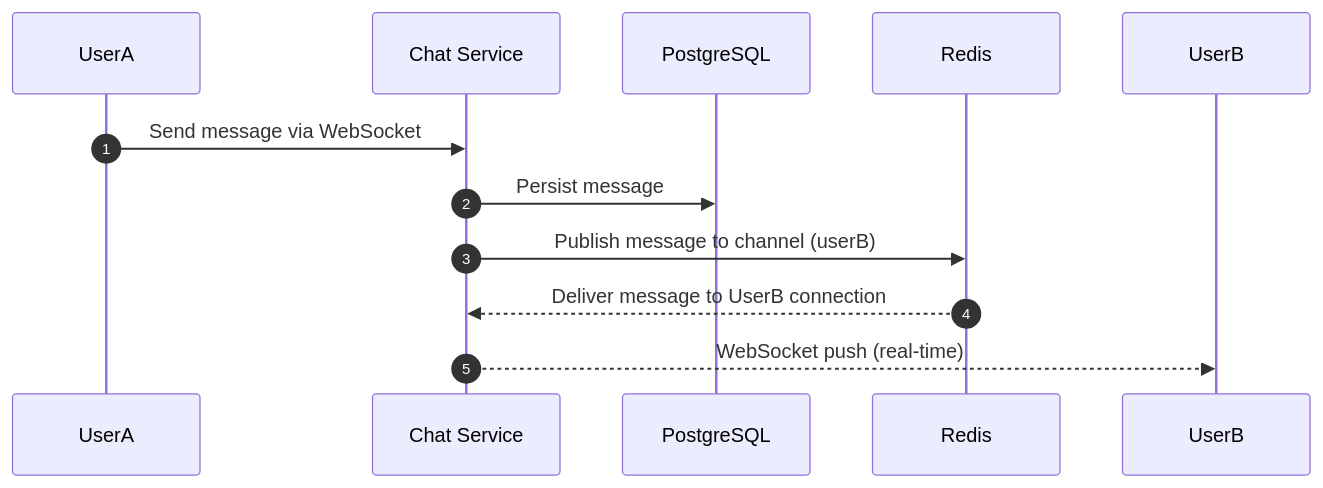
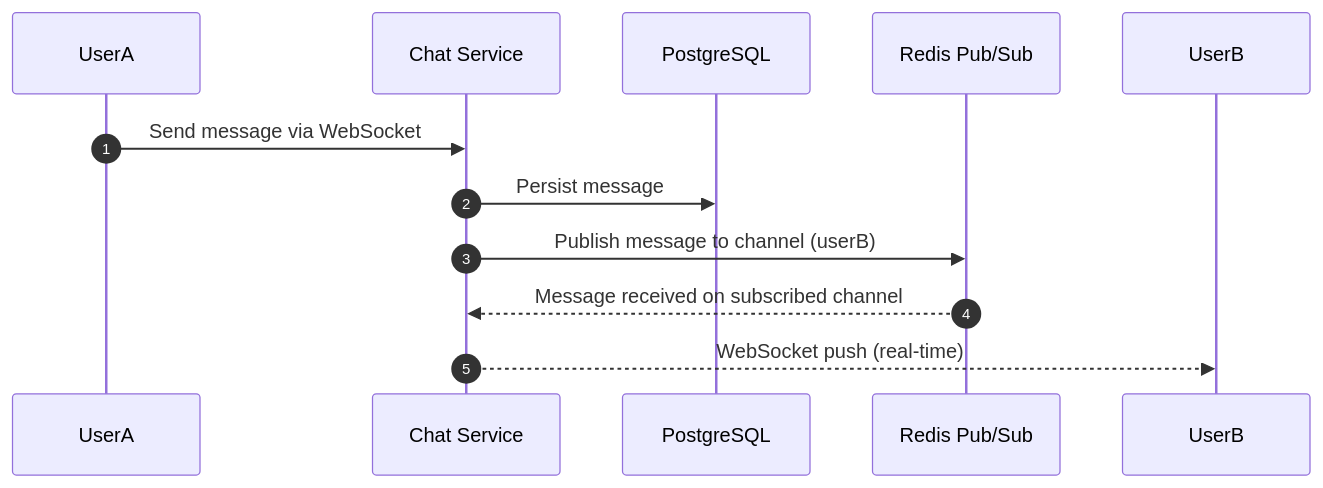
Before and after one commit to raphaeldiscky/go-micro-commerce: the tenth of 16 diagrams in README.md, drawn with Mermaid. The commit also changed other lines of this file, not shown here.

Commit message:
chore(docs): add architecture overview

````diff
--- a/README.md
+++ b/README.md
@@ -334,16 +361,15 @@
 ```mermaid
 sequenceDiagram
   autonumber
   participant UserA
   participant ChatService as Chat Service
   participant PostgreSQL
-  participant Redis
+  participant Redis as Redis Pub/Sub
   participant UserB
 
   UserA->>ChatService: Send message via WebSocket
   ChatService->>PostgreSQL: Persist message
   ChatService->>Redis: Publish message to channel (userB)
-  Redis-->>ChatService: Deliver message to UserB connection
+  Redis-->>ChatService: Message received on subscribed channel
   ChatService-->>UserB: WebSocket push (real-time)
-
 ```
````
